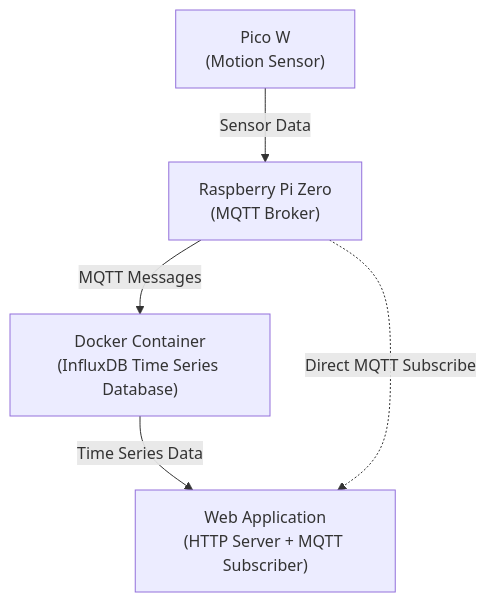
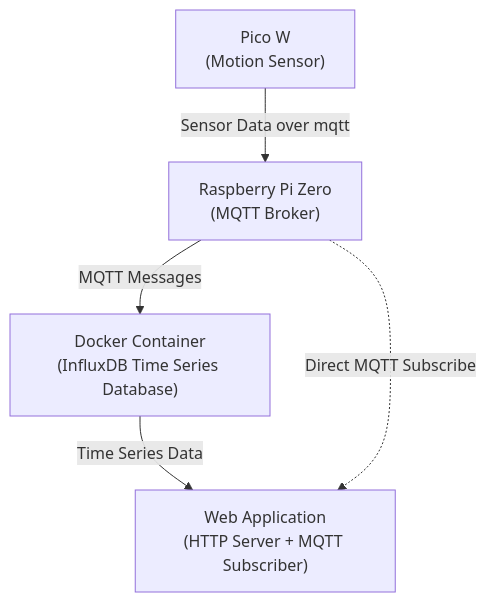
One commit to JENSEN-IoT-Embedded-Project/security-application changed the diagram in README.md. Above: the diagram before and after it, drawn with Mermaid.

````diff
--- a/README.md
+++ b/README.md
@@ -2,12 +2,12 @@
 ```mermaid
 flowchart TD
     pico["Pico W\n(Motion Sensor)"]
     fog["Raspberry Pi Zero\n(MQTT Broker)"]
     influxdb["Docker Container\n(InfluxDB Time Series Database)"]
     webapp["Web Application\n(HTTP Server + MQTT Subscriber)"]
     
-    pico -->|"Sensor Data"| fog
+    pico -->|"Sensor Data over mqtt"| fog
     fog -->|"MQTT Messages"| influxdb
     influxdb -->|"Time Series Data"| webapp
     fog -.->|"Direct MQTT Subscribe"| webapp
 ```
````
